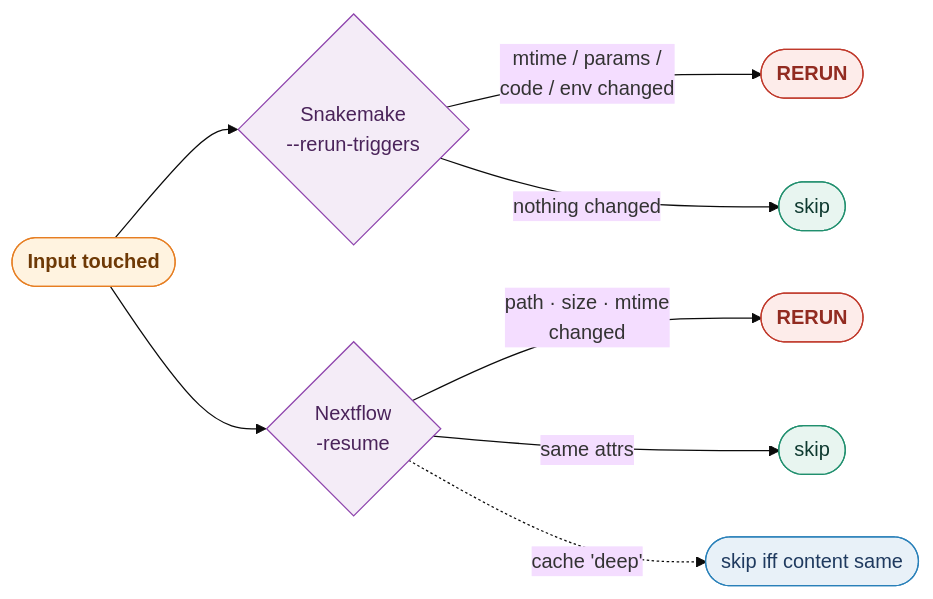
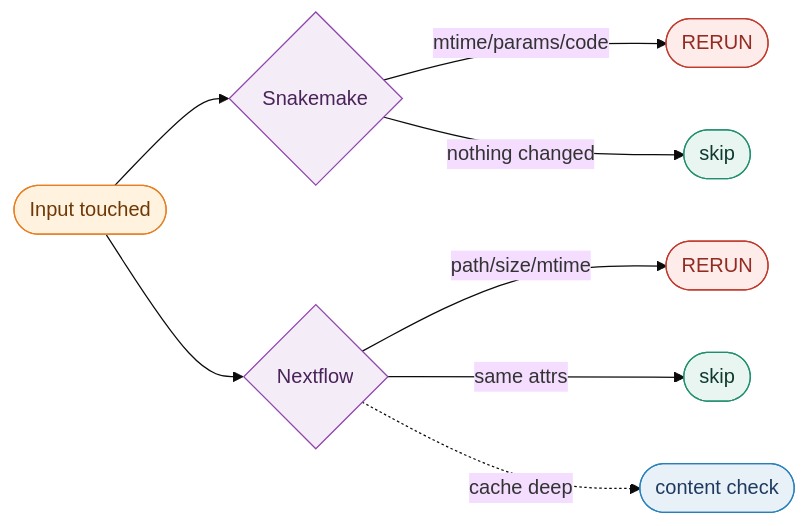
One commit to friendsofstrandseq/mosaicatcher-pipeline changed the diagram in docs/python-club-snakemake-2026.qmd. Above: the diagram before and after it, drawn with Mermaid (base theme). The commit also changed 1 other file, not shown here.

Commit message:
docs: simplify mermaid syntax for mermaid 10.2 compatibility
Quarto 1.5.57 ships mermaid 10.2.0-rc.2, which is stricter
than 11.x. The previous resume/cache flowchart triggered
"Syntax error in text" because of:
  - <br/> tags in node labels
  - inline :::className syntax on the same line as the node
  - apostrophes inside |pipe-delimited| edge labels
    (e.g. |cache 'deep'|)
  - non-ASCII separators (· /) inside labels

Rewrite using only widely-supported 10.x syntax:
  - simple text labels (no HTML)
  - explicit `class node1,node2 className` statements instead
    of :::className inline tag
  - plain ASCII in edge labels (mtime/params/code, cache deep)

````diff
--- a/docs/python-club-snakemake-2026.qmd
+++ b/docs/python-club-snakemake-2026.qmd
@@ -600,18 +600,25 @@
 ```{mermaid}
 %%| eval: true
 %%| fig-align: center
 flowchart LR
-  IN(["Input touched"]):::trigger
-  IN --> SMK{"Snakemake<br/>--rerun-triggers"}:::tool
-  IN --> NF{"Nextflow<br/>-resume"}:::tool
-  SMK -->|mtime / params /<br/>code / env changed| SMKY(["RERUN"]):::yes
-  SMK -->|nothing changed| SMKN(["skip"]):::no
-  NF -->|path · size · mtime<br/>changed| NFY(["RERUN"]):::yes
-  NF -->|same attrs| NFN(["skip"]):::no
-  NF -.->|cache 'deep'| NFD(["skip iff content same"]):::deep
-  classDef trigger fill:#fff3e0,stroke:#E67E22,color:#6e3906,font-weight:600
+  IN([Input touched])
+  IN --> SMK{Snakemake}
+  IN --> NF{Nextflow}
+  SMK -->|mtime/params/code| SMKY([RERUN])
+  SMK -->|nothing changed| SMKN([skip])
+  NF -->|path/size/mtime| NFY([RERUN])
+  NF -->|same attrs| NFN([skip])
+  NF -.->|cache deep| NFD([content check])
+
+  class IN trigger
+  class SMK,NF tool
+  class SMKY,NFY yes
+  class SMKN,NFN no
+  class NFD deep
+
+  classDef trigger fill:#fff3e0,stroke:#E67E22,color:#6e3906
   classDef tool fill:#f4ecf7,stroke:#8E44AD,color:#4a235a
-  classDef yes fill:#fdecea,stroke:#C0392B,color:#922b21,font-weight:700
+  classDef yes fill:#fdecea,stroke:#C0392B,color:#922b21
   classDef no fill:#e8f5f0,stroke:#208F6E,color:#0f3a30
   classDef deep fill:#e8f1f8,stroke:#2980B9,color:#1F3A5F
 ```
````
